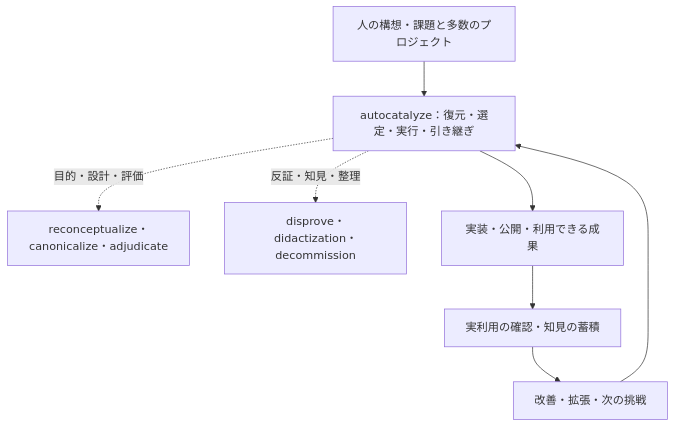
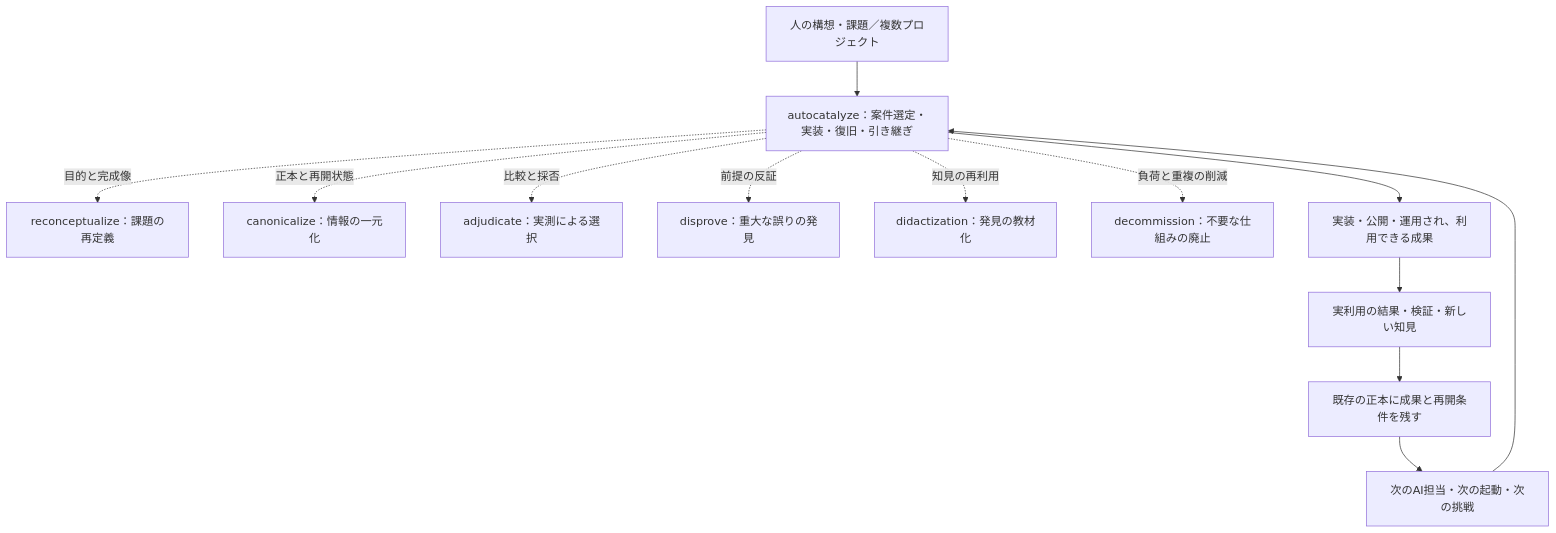
Before and after one commit to KAFKA2306/kafstyler: the diagram in MISSION.md, drawn with Mermaid. The commit also changed other lines of this file, not shown here.

Commit message:
docs: specify concrete missions and outcomes for all seven skills

````diff
--- a/MISSION.md
+++ b/MISSION.md
@@ -22,10 +24,15 @@
 ```mermaid
 flowchart TD
-    idea["人の構想・課題と多数のプロジェクト"] --> core["autocatalyze：復元・選定・実行・引き継ぎ"]
-    core -.->|目的・設計・評価| plan["reconceptualize・canonicalize・adjudicate"]
-    core -.->|反証・知見・整理| quality["disprove・didactization・decommission"]
-    core --> result["実装・公開・利用できる成果"]
-    result --> feedback["実利用の確認・知見の蓄積"]
-    feedback --> next["改善・拡張・次の挑戦"]
+    ideas["人の構想・課題／複数プロジェクト"] --> core["autocatalyze：案件選定・実装・復旧・引き継ぎ"]
+    core -.->|目的と完成像| goal["reconceptualize：課題の再定義"]
+    core -.->|正本と再開状態| canon["canonicalize：情報の一元化"]
+    core -.->|比較と採否| judge["adjudicate：実測による選択"]
+    core -.->|前提の反証| proof["disprove：重大な誤りの発見"]
+    core -.->|知見の再利用| learn["didactization：発見の教材化"]
+    core -.->|負荷と重複の削減| prune["decommission：不要な仕組みの廃止"]
+    core --> outcomes["実装・公開・運用され、利用できる成果"]
+    outcomes --> evidence["実利用の結果・検証・新しい知見"]
+    evidence --> record["既存の正本に成果と再開条件を残す"]
+    record --> next["次のAI担当・次の起動・次の挑戦"]
     next --> core
 ```
````
